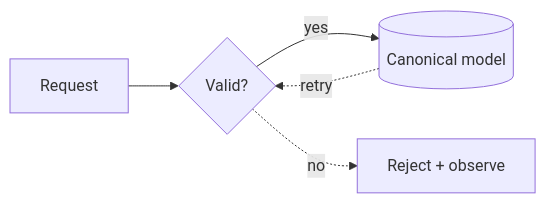
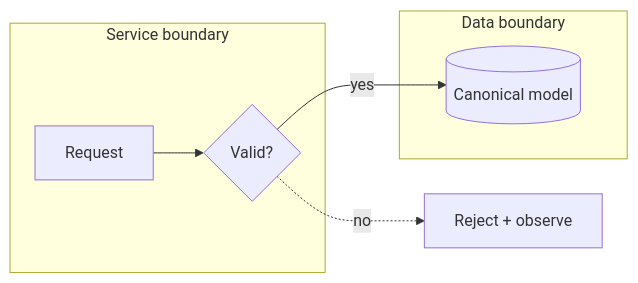
Before and after one commit to ahwlsqja/terminal-diagram-explainer: the diagram in README.md, drawn with Mermaid. The commit also changed other lines of this file and 18 other files, not shown here.

````diff
--- a/README.md
+++ b/README.md
@@ -14,7 +14,11 @@
 ```mermaid
 flowchart LR
+subgraph Service[Service boundary]
 Receive[Request] --> Validate{Valid?}
-Validate -->|yes| Store[(Canonical model)]
+end
+subgraph Data[Data boundary]
+Store[(Canonical model)]
+end
+Validate -->|yes| Store
 Validate -.->|no| Reject[Reject + observe]
-Store -.->|retry| Validate
 ```
````
